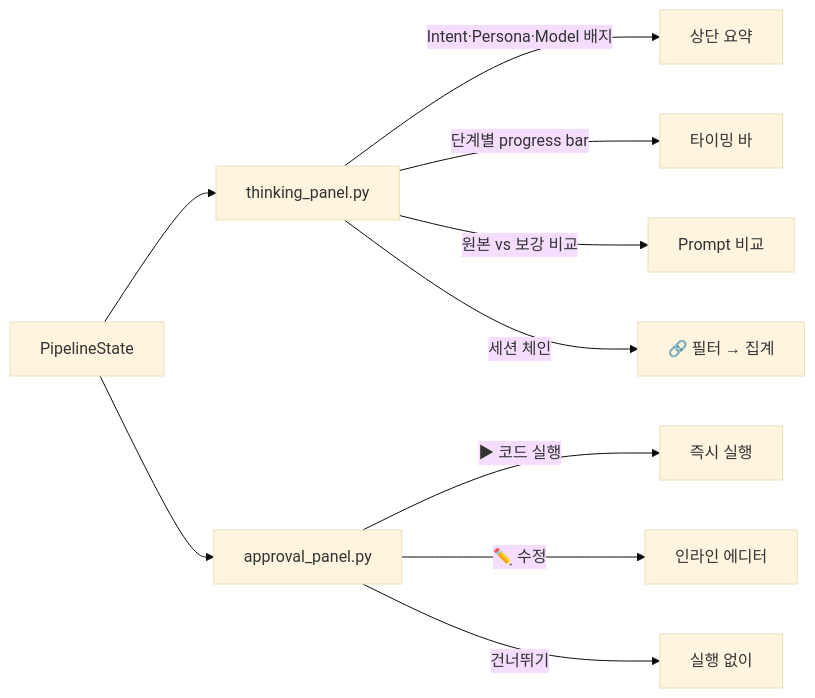
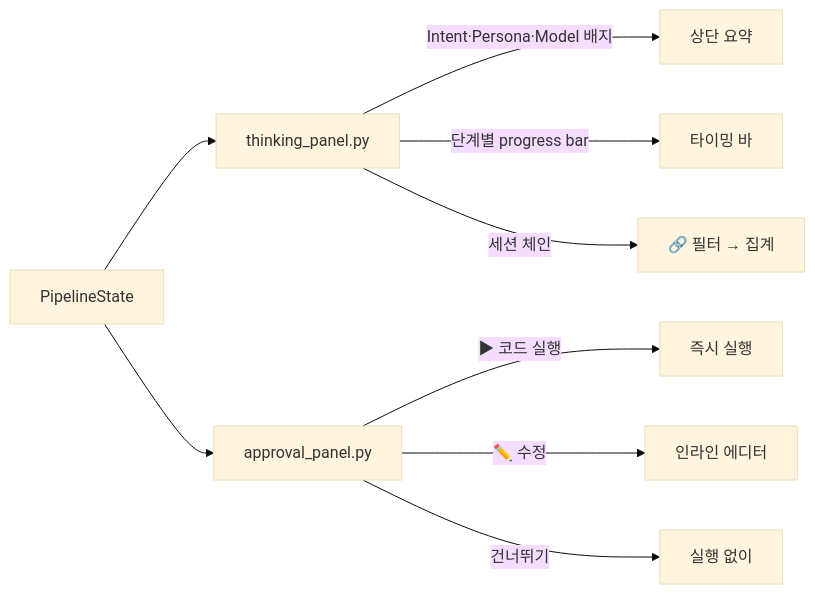
The fifth of 8 diagrams in README.md (sayoon01/excel-ai-agent), drawn with Mermaid (base theme) before and after one commit. The commit also changed other lines of this file and 8 other files, not shown here.

````diff
--- a/README.md
+++ b/README.md
@@ -344,17 +343,16 @@
 ```mermaid
 flowchart LR
     State["PipelineState"]
     TP3["thinking_panel.py"]
     AP3["approval_panel.py"]
 
     State --> TP3
     TP3 -->|"Intent·Persona·Model 배지"| Badge["상단 요약"]
     TP3 -->|"단계별 progress bar"| Timing["타이밍 바"]
-    TP3 -->|"원본 vs 보강 비교"| Prompt["Prompt 비교"]
     TP3 -->|"세션 체인"| Chain["🔗 필터 → 집계"]
 
     State --> AP3
     AP3 -->|"▶ 코드 실행"| Execute["즉시 실행"]
     AP3 -->|"✏️ 수정"| Edit["인라인 에디터"]
     AP3 -->|"건너뛰기"| Skip["실행 없이"]
 ```
````
